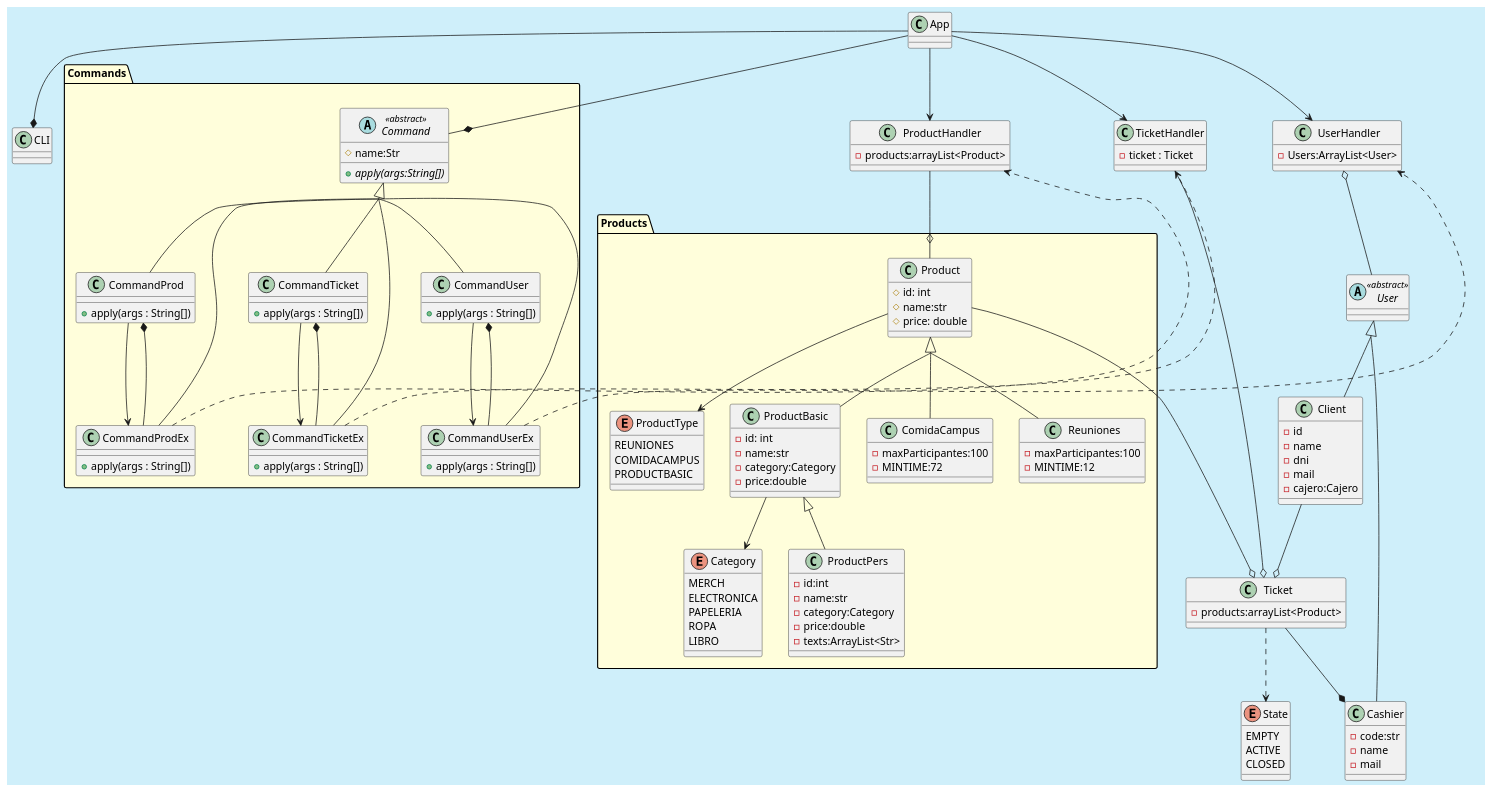
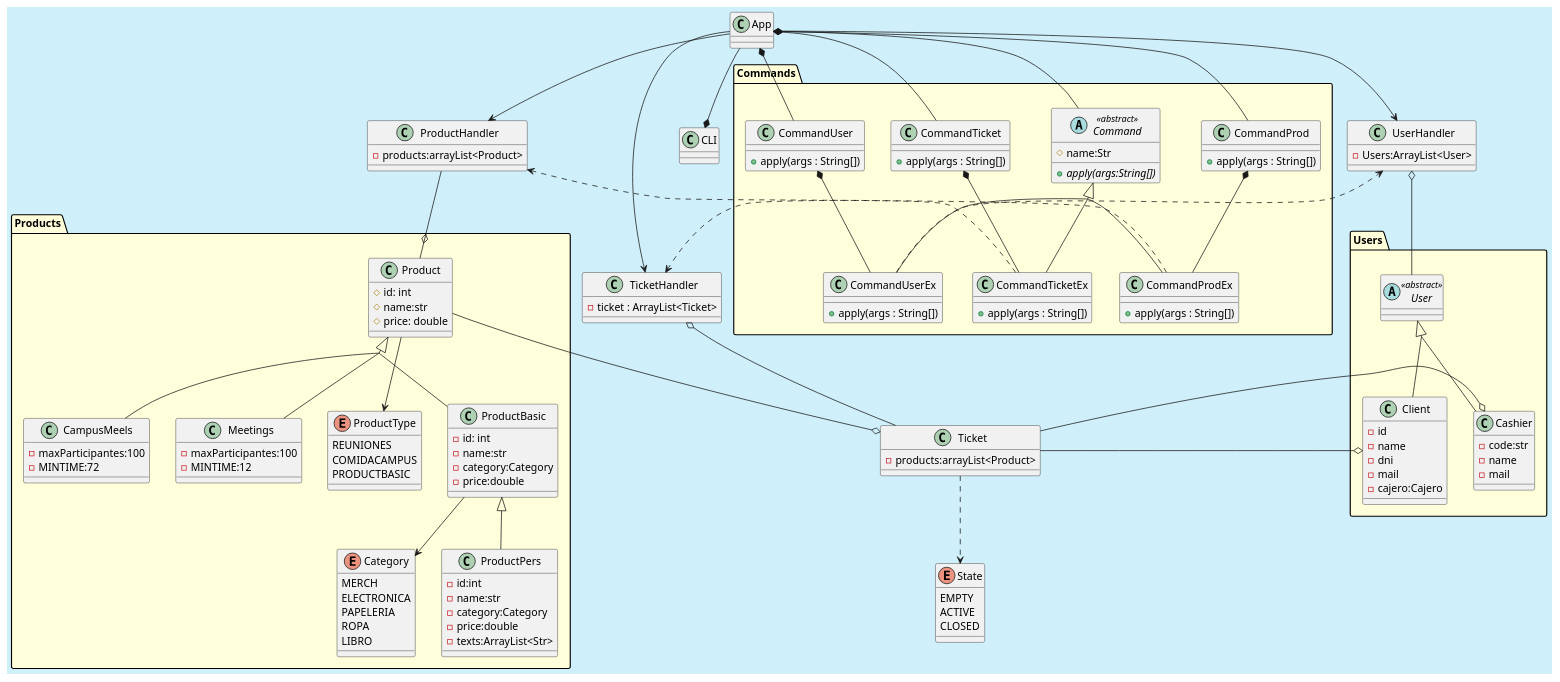
Before and after one commit to MarcosAus/tienda_upm: the diagram in src/main/java/es/upm/etsisi/poo/tienda_upm_diagramav2.puml, drawn with PlantUML. The commit also changed 26 other files, not shown here.

Commit message:
Uml organizado. Clases Tipo product terminadas. Organizado en package.

```diff
--- a/src/main/java/es/upm/etsisi/poo/tienda_upm_diagramav2.puml
+++ b/src/main/java/es/upm/etsisi/poo/tienda_upm_diagramav2.puml
@@ -1,180 +1,183 @@
 @startuml
 Skinparam groupInheritance 2
 skinparam backgroundColor #CFEFFA
 namespace Commands #FFFEDB {
-
 }
 namespace Products #FFFEDB {
 }
-
+namespace Users #FFFEDB {
+}
 
 Class App {}
 class CLI {}
 class Products.Product  {
 #id: int
 #name:str
 #price: double
 }
 enum Products.ProductType{
 REUNIONES
 COMIDACAMPUS
 PRODUCTBASIC
 }
 Product --> ProductType
 
 class ProductHandler {
 -products:arrayList<Product>
 }
 
 class Ticket{
 -products:arrayList<Product>
 }
 
 enum State{
 EMPTY
 ACTIVE
 CLOSED
 }
 
 Ticket ..>State
 
 class TicketHandler {
--ticket : Ticket
+-ticket : ArrayList<Ticket>
 }
 
 Product --o Ticket
-TicketHandler --o Ticket
+TicketHandler o-- Ticket
 
 
 
 class Products.ProductBasic{
 
 -id: int
 -name:str
 -category:Category
 -price:double
 }
 
 enum Products.Category {
 MERCH
 ELECTRONICA
 PAPELERIA
 ROPA
 LIBRO
 }
 ProductBasic -->Category
 Product <|-- ProductBasic
 
 class Products.ProductPers{
 
 -id:int
 -name:str
 -category:Category
 -price:double
 -texts:ArrayList<Str>
 }
 ProductBasic <|--  ProductPers
 
-class Products.ComidaCampus{
+class Products.CampusMeels{
 -maxParticipantes:100
 -MINTIME:72
 }
 
 
-class Products.Reuniones{
+class Products.Meetings{
 -maxParticipantes:100
 -MINTIME:12
 }
 
-Product <|-- ComidaCampus
-Product <|-- Reuniones
+Product <|-- CampusMeels
+Product <|-- Meetings
 
 class UserHandler{
 -Users:ArrayList<User>
 }
 
-abstract class User<<abstract>> {
+abstract class Users.User<<abstract>> {
 }
 UserHandler o-- User
 
-class Client {
+class Users.Client {
 -id
 -name
 -dni
 -mail
 -cajero:Cajero
 }
 
 User <|-- Client
 
-class Cashier{
+class Users.Cashier{
 -code:str
 -name
 -mail
 }
 User <|-- Cashier
 
-Ticket --* Cashier
-Client --o Ticket
+Ticket --o Cashier
+Client o-- Ticket
 
 
 abstract class Commands.Command <<abstract>>{
 #name:Str
 +{abstract}apply(args:String[])
 }
 
 class Commands.CommandProd{
 + apply(args : String[])
 }
 
 class Commands.CommandProdEx{
  + apply(args : String[])
 }
-CommandProdEx --*CommandProd
-CommandProd --> CommandProdEx
+
+CommandProd *-- CommandProdEx
+
+App *-- CommandProd
+
 
 class Commands.CommandTicket{
 + apply(args : String[])
 }
 
 class Commands.CommandTicketEx{
  + apply(args : String[])
 }
-CommandTicketEx --*CommandTicket
-CommandTicket --> CommandTicketEx
 
+
+CommandTicket *-- CommandTicketEx
+App *-[norank]- CommandTicket
 
 class Commands.CommandUser{
 + apply(args : String[])
 }
 
 class Commands.CommandUserEx{
  + apply(args : String[])
 }
 
-CommandUserEx --*CommandUser
-CommandUser --> CommandUserEx
+
+
+CommandUser *-- CommandUserEx
+App *-[norank]- CommandUser
 
 App --* CLI
 
-App --* Command
+App *-- Command
 Command <|-- CommandProdEx
-Command <|-- CommandProd
-Command <|-- CommandTicket
 Command <|-- CommandTicketEx
-Command <|-- CommandUser
 Command <|-- CommandUserEx
 
 App --> ProductHandler
 
 ProductHandler --o Product
 
 
 App --> TicketHandler
 App --> UserHandler
 
 CommandUserEx .[norank].> UserHandler
 CommandProdEx .[norank].> ProductHandler
 CommandTicketEx .[norank].> TicketHandler
 
 @enduml
```
